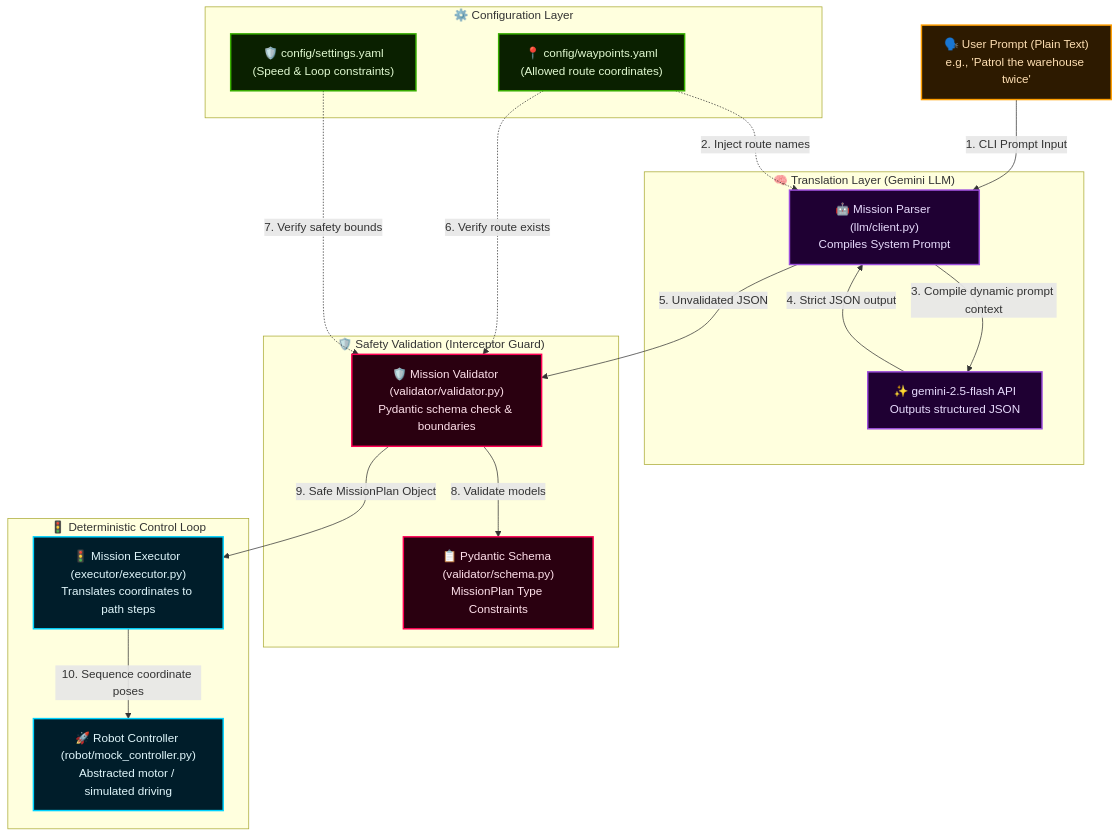
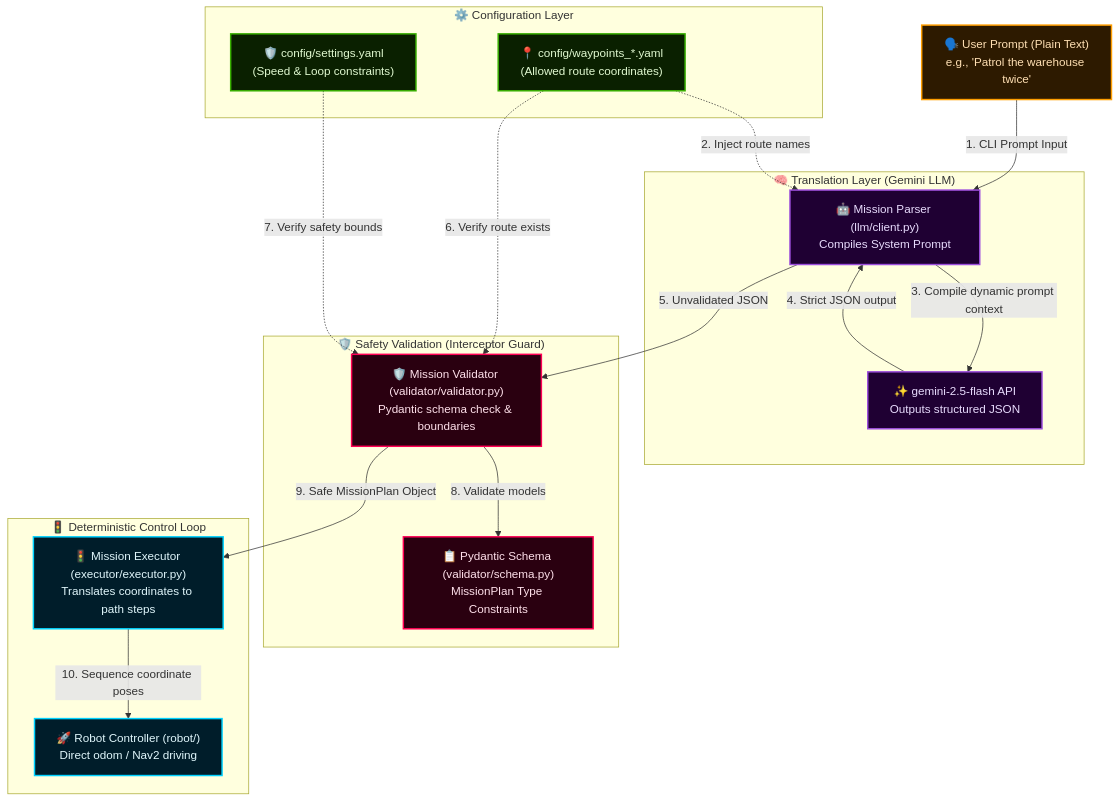
Before and after one commit to Alexprinse/Project_O_Core_task: the diagram in README.md, drawn with Mermaid. The commit also changed other lines of this file and 6 other files, not shown here.

Commit message:
feat: separate waypoint configurations and implement ebot direct controller

````diff
--- a/README.md
+++ b/README.md
@@ -24,44 +13,44 @@
 ```mermaid
 flowchart TD
     %% Custom Styling Definitions
     classDef inputNode fill:#2d1a00,stroke:#ff9e00,stroke-width:2px,color:#ffe0b3;
     classDef configNode fill:#0a2000,stroke:#38b000,stroke-width:2px,color:#e1f9d0;
     classDef parserNode fill:#1f0033,stroke:#9d4edd,stroke-width:2px,color:#e8dbfd;
     classDef validatorNode fill:#2a0010,stroke:#ff0054,stroke-width:2px,color:#ffe0eb;
     classDef executorNode fill:#001d2a,stroke:#00d2ff,stroke-width:2px,color:#e0f7fc;
 
     %% Elements
     Prompt["🗣️ User Prompt (Plain Text)<br/>e.g., 'Patrol the warehouse twice'"]:::inputNode
 
     subgraph ConfigLayer ["⚙️ Configuration Layer"]
-        Waypoints["📍 config/waypoints.yaml<br/>(Allowed route coordinates)"]:::configNode
+        Waypoints["📍 config/waypoints_*.yaml<br/>(Allowed route coordinates)"]:::configNode
         Settings["🛡️ config/settings.yaml<br/>(Speed & Loop constraints)"]:::configNode
     end
 
     subgraph TranslationLayer ["🧠 Translation Layer (Gemini LLM)"]
         Parser["🤖 Mission Parser (llm/client.py)<br/>Compiles System Prompt"]:::parserNode
         LLM["✨ gemini-2.5-flash API<br/>Outputs structured JSON"]:::parserNode
     end
 
     subgraph GuardLayer ["🛡️ Safety Validation (Interceptor Guard)"]
         Validator["🛡️ Mission Validator (validator/validator.py)<br/>Pydantic schema check & boundaries"]:::validatorNode
         Schema["📋 Pydantic Schema (validator/schema.py)<br/>MissionPlan Type Constraints"]:::validatorNode
     end
 
     subgraph ControlLayer ["🚦 Deterministic Control Loop"]
         Executor["🚦 Mission Executor (executor/executor.py)<br/>Translates coordinates to path steps"]:::executorNode
-        Robot["🚀 Robot Controller (robot/mock_controller.py)<br/>Abstracted motor / simulated driving"]:::executorNode
+        Robot["🚀 Robot Controller (robot/)<br/>Direct odom / Nav2 driving"]:::executorNode
     end
 
     %% Flow Connections
     Prompt -->|1. CLI Prompt Input| Parser
     Waypoints -.->|2. Inject route names| Parser
     Parser -->|3. Compile dynamic prompt context| LLM
     LLM -->|4. Strict JSON output| Parser
     Parser -->|5. Unvalidated JSON| Validator
     Waypoints -.->|6. Verify route exists| Validator
     Settings -.->|7. Verify safety bounds| Validator
     Validator -->|8. Validate models| Schema
     Validator -->|9. Safe MissionPlan Object| Executor
     Executor -->|10. Sequence coordinate poses| Robot
 ```
````
